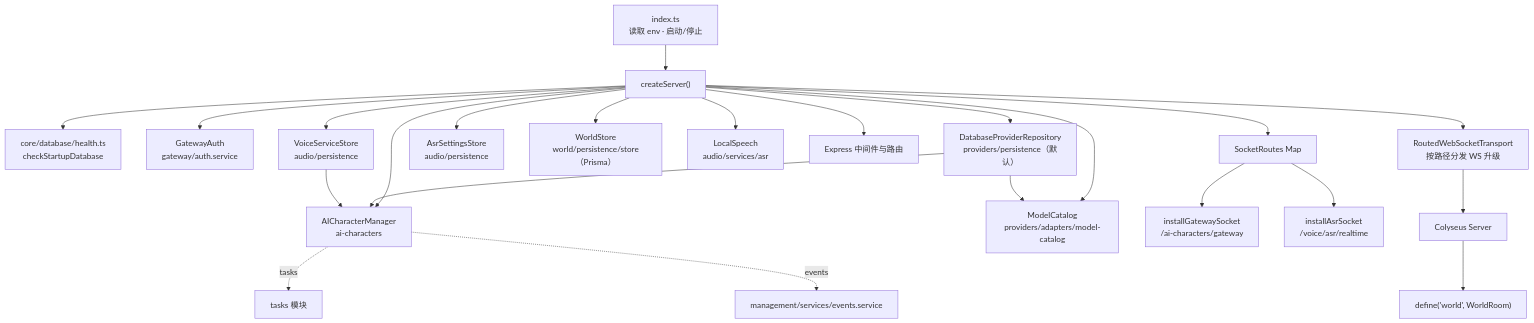
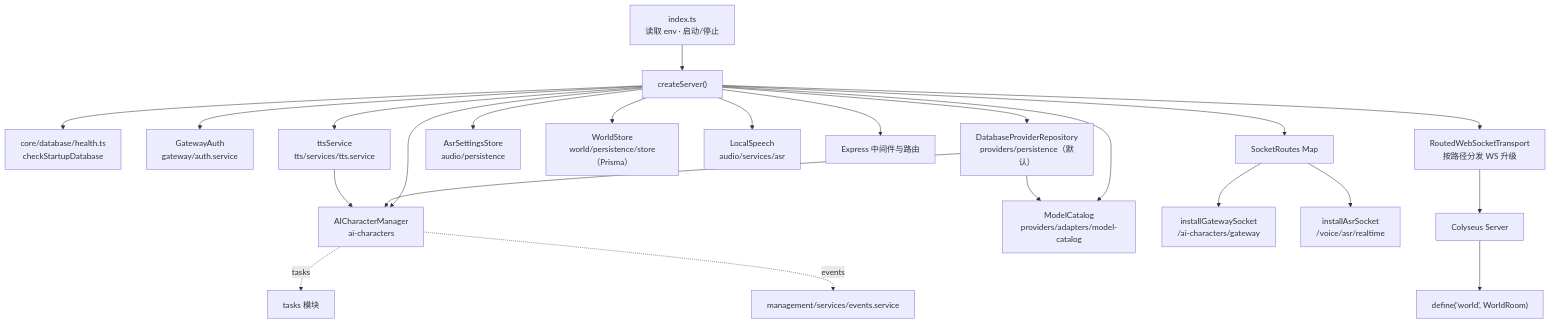
Before and after one commit to lulabs-org/embocraft: the fourth of 14 diagrams in docs/guide/architecture-diagrams.md, drawn with Mermaid. The commit also changed other lines of this file and 28 other files, not shown here.

Commit message:
refactor(server): decouple TTS voice coordination

````diff
--- a/docs/guide/architecture-diagrams.md
+++ b/docs/guide/architecture-diagrams.md
@@ -87,30 +87,30 @@
 ```mermaid
 graph TD
     Index["index.ts<br/>读取 env · 启动/停止"] --> Create["createServer()"]
 
     Create --> Startup["core/database/health.ts<br/>checkStartupDatabase"]
     Create --> GA["GatewayAuth<br/>gateway/auth.service"]
     Create --> PS["DatabaseProviderRepository<br/>providers/persistence（默认）"]
-    Create --> VS["VoiceServiceStore<br/>audio/persistence"]
+    Create --> VS["ttsService<br/>tts/services/tts.service"]
     Create --> AS["AsrSettingsStore<br/>audio/persistence"]
 
     Create --> WS["WorldStore<br/>world/persistence/store（Prisma）"]
     Create --> ACM["AICharacterManager<br/>ai-characters"]
     Create --> MC["ModelCatalog<br/>providers/adapters/model-catalog"]
     Create --> LS["LocalSpeech<br/>audio/services/asr"]
 
     Create --> App["Express 中间件与路由"]
     Create --> Sockets["SocketRoutes Map"]
     Sockets --> GWS["installGatewaySocket<br/>/ai-characters/gateway"]
     Sockets --> ASRS["installAsrSocket<br/>/voice/asr/realtime"]
 
     Create --> Transport["RoutedWebSocketTransport<br/>按路径分发 WS 升级"]
     Transport --> Colyseus["Colyseus Server"]
     Colyseus --> Room["define('world', WorldRoom)"]
 
     ACM -.->|tasks| Tasks["tasks 模块"]
     ACM -.->|events| Events["management/services/events.service"]
     PS --> ACM
     VS --> ACM
     PS --> MC
 ```
````
